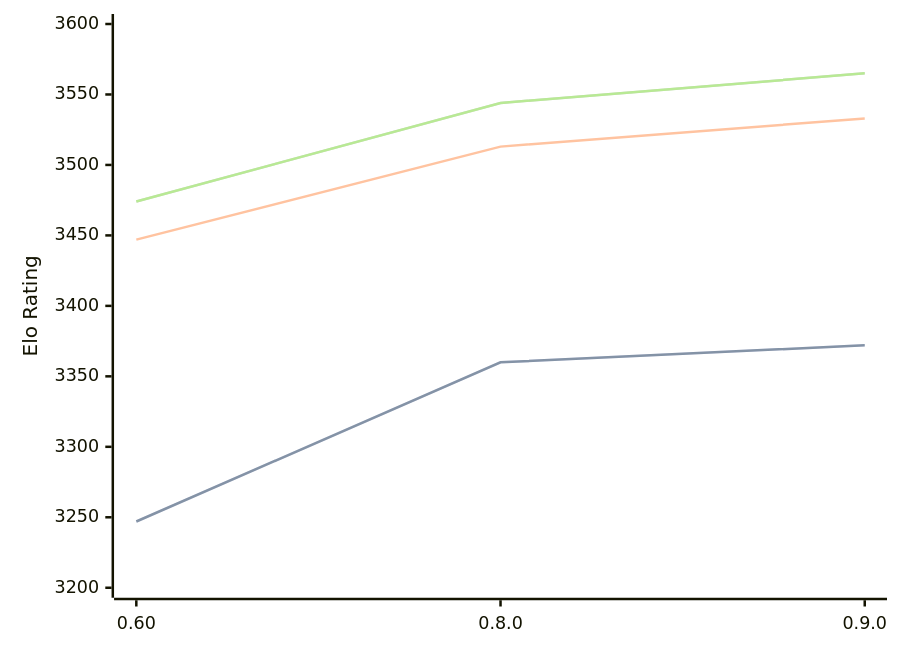
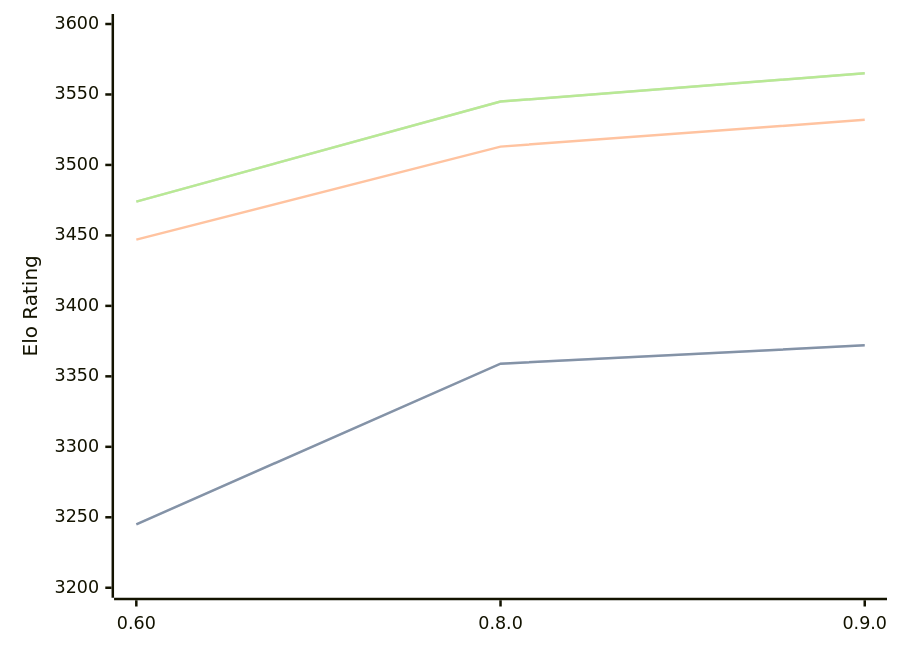
The diagram in engines/Motor.md (computer-chess-index/cci), drawn with Mermaid before and after one commit. The commit also changed other lines of this file, not shown here.

Commit message:
Update CCI Ratings (ELO VLTC) - 2026-03-12

````diff
--- a/engines/Motor.md
+++ b/engines/Motor.md
@@ -37,11 +37,11 @@
 ```mermaid
 %%{init: {"theme":"base","themeVariables":{"seriesColors:['#a3a3a3','#222221','#faa371']}}}%%
 xychart-beta
   x-axis ["0.60", "0.8.0", "0.9.0"]
   y-axis "Elo Rating" 3200 --> 3600
-  line "STC (8.0+0.08s)" [3247, 3360, 3372]
-  line "STC (8.0+0.08s)" [3247, 3360, 3372]
-  line "LTC (60.0+0.60s)" [3447, 3513, 3533]
-  line "VLTC (2m24s+1.12s)" [3474, 3544, 3565]
-  line "VLTC (2m24s+1.12s)" [3474, 3544, 3565]
+  line "STC (8.0+0.08s)" [3245, 3359, 3372]
+  line "STC (8.0+0.08s)" [3245, 3359, 3372]
+  line "LTC (60.0+0.60s)" [3447, 3513, 3532]
+  line "VLTC (2m24s+1.12s)" [3474, 3545, 3565]
+  line "VLTC (2m24s+1.12s)" [3474, 3545, 3565]
 ```
````
